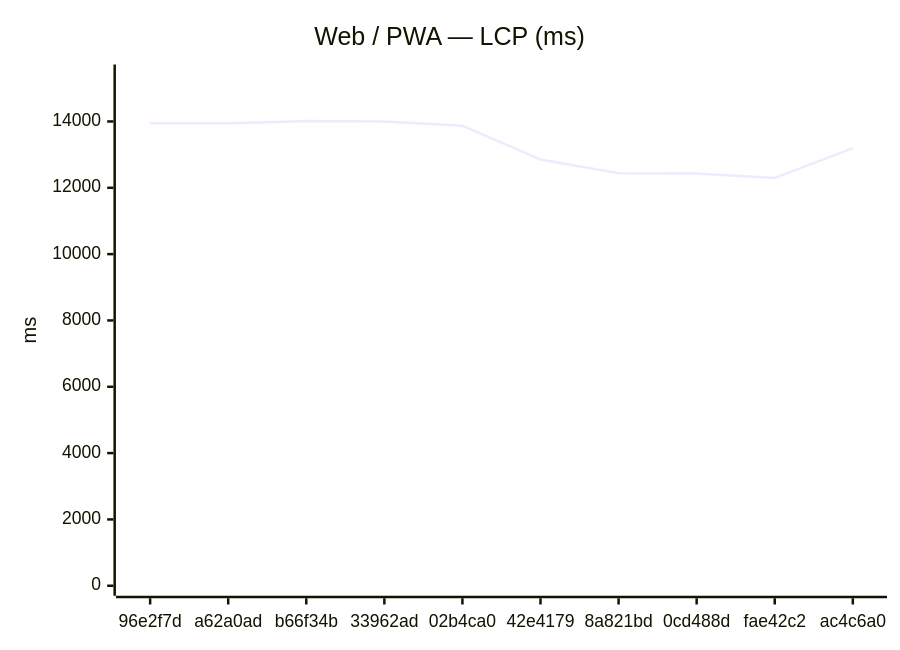
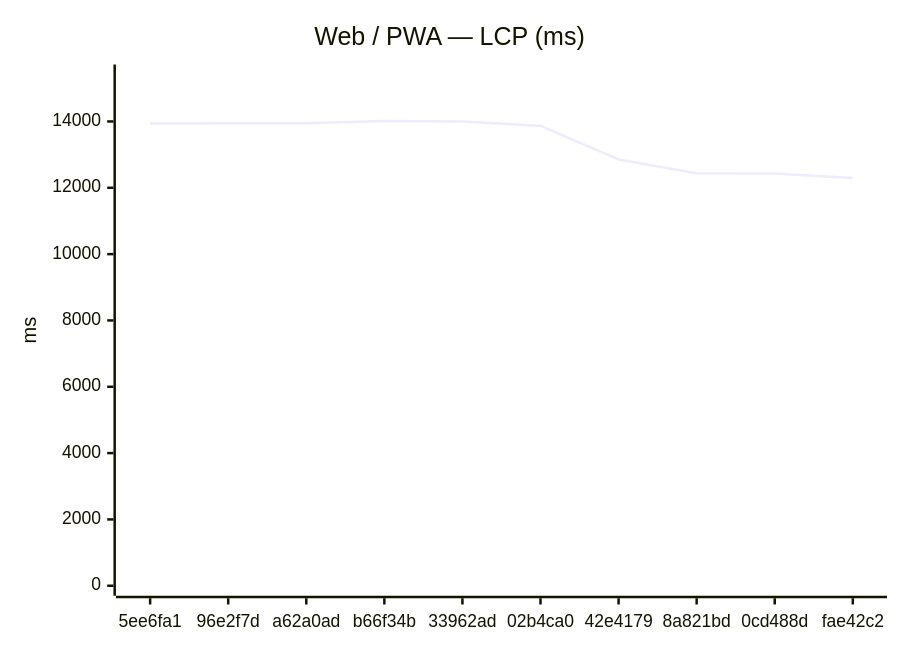
One commit to Metaheurist/Rianell changed the first of 18 diagrams in benchmarks/compare.md. Above: the diagram before and after it, drawn with Mermaid. The commit also changed other lines of this file and 11 other files, not shown here.

````diff
--- a/benchmarks/compare.md
+++ b/benchmarks/compare.md
@@ -24,7 +24,7 @@
 ```mermaid
 xychart-beta
     title "Web / PWA — LCP (ms)"
-    x-axis ["96e2f7d", "a62a0ad", "b66f34b", "33962ad", "02b4ca0", "42e4179", "8a821bd", "0cd488d", "fae42c2", "ac4c6a0"]
+    x-axis ["5ee6fa1", "96e2f7d", "a62a0ad", "b66f34b", "33962ad", "02b4ca0", "42e4179", "8a821bd", "0cd488d", "fae42c2"]
     y-axis "ms" 0 --> 15416
-    line [13945, 13945, 14014, 13997, 13868, 12854, 12437, 12430, 12295, 13197]
+    line [13942, 13945, 13945, 14014, 13997, 13868, 12854, 12437, 12430, 12295]
 ```
````
